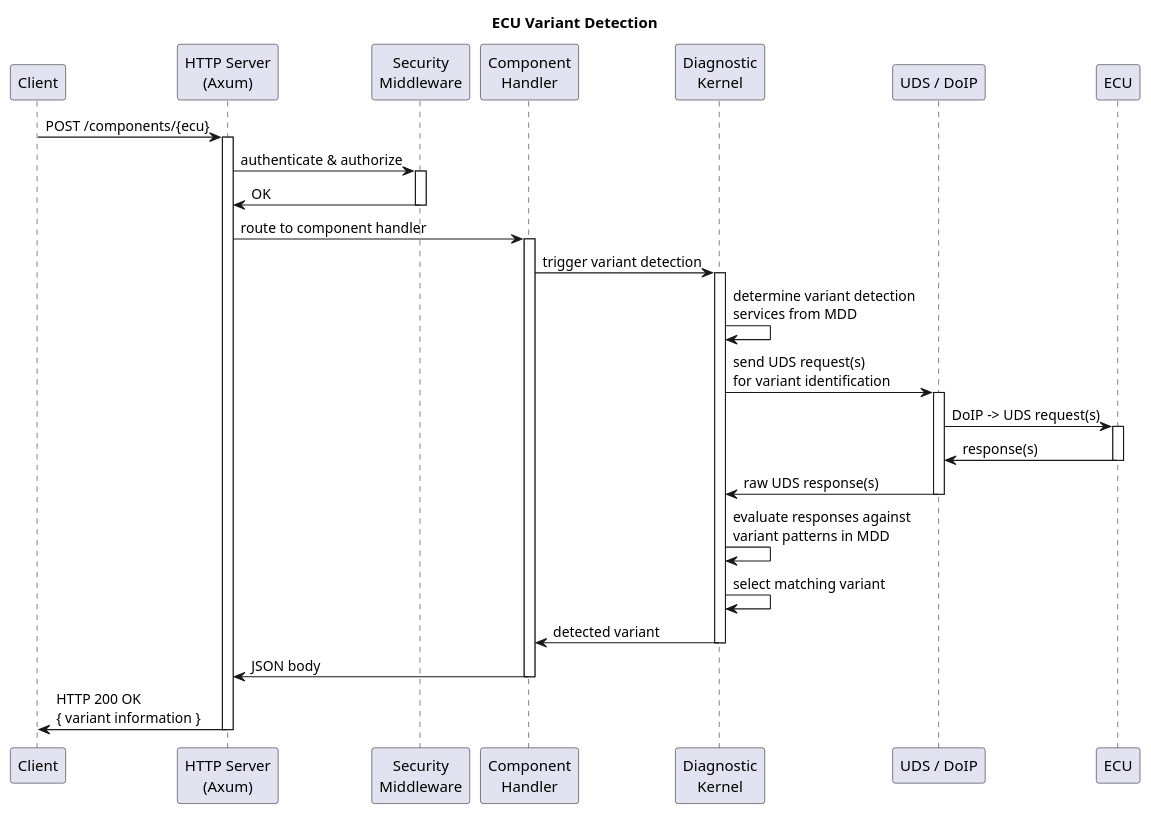
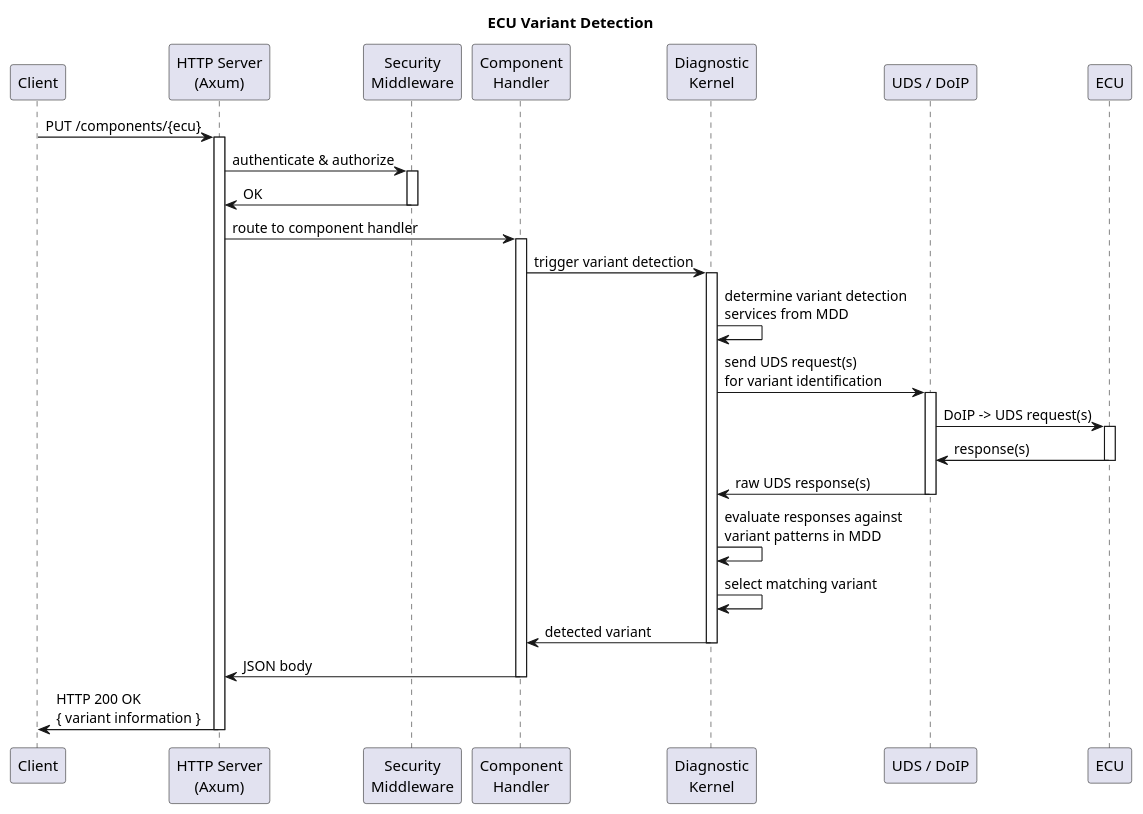
Before and after one commit to eclipse-opensovd/classic-diagnostic-adapter: the diagram in docs/03_architecture/02_sovd-api/03_extensions/images/ecu_variant_detection.puml, drawn with PlantUML. The commit also changed 10 other files, not shown here.

```diff
--- a/docs/03_architecture/02_sovd-api/03_extensions/images/ecu_variant_detection.puml
+++ b/docs/03_architecture/02_sovd-api/03_extensions/images/ecu_variant_detection.puml
@@ -12,48 +12,48 @@
 @startuml
 title ECU Variant Detection
 
 participant Client
 participant "HTTP Server\n(Axum)" as HTTP
 participant "Security\nMiddleware" as SEC
 participant "Component\nHandler" as HANDLER
 participant "Diagnostic\nKernel" as DIAG
 participant "UDS / DoIP" as COMM
 participant ECU
 
-Client -> HTTP : POST /components/{ecu}
+Client -> HTTP : PUT /components/{ecu}
 activate HTTP
 
 HTTP -> SEC : authenticate & authorize
 activate SEC
 SEC -> HTTP : OK
 deactivate SEC
 
 HTTP -> HANDLER : route to component handler
 activate HANDLER
 
 HANDLER -> DIAG : trigger variant detection
 activate DIAG
 
 DIAG -> DIAG : determine variant detection\nservices from MDD
 
 DIAG -> COMM : send UDS request(s)\nfor variant identification
 activate COMM
 COMM -> ECU : DoIP -> UDS request(s)
 activate ECU
 ECU -> COMM : response(s)
 deactivate ECU
 COMM -> DIAG : raw UDS response(s)
 deactivate COMM
 
 DIAG -> DIAG : evaluate responses against\nvariant patterns in MDD
 DIAG -> DIAG : select matching variant
 DIAG -> HANDLER : detected variant
 deactivate DIAG
 
 HANDLER -> HTTP : JSON body
 deactivate HANDLER
 
 HTTP -> Client : HTTP 200 OK\n{ variant information }
 deactivate HTTP
 
 @enduml
```
